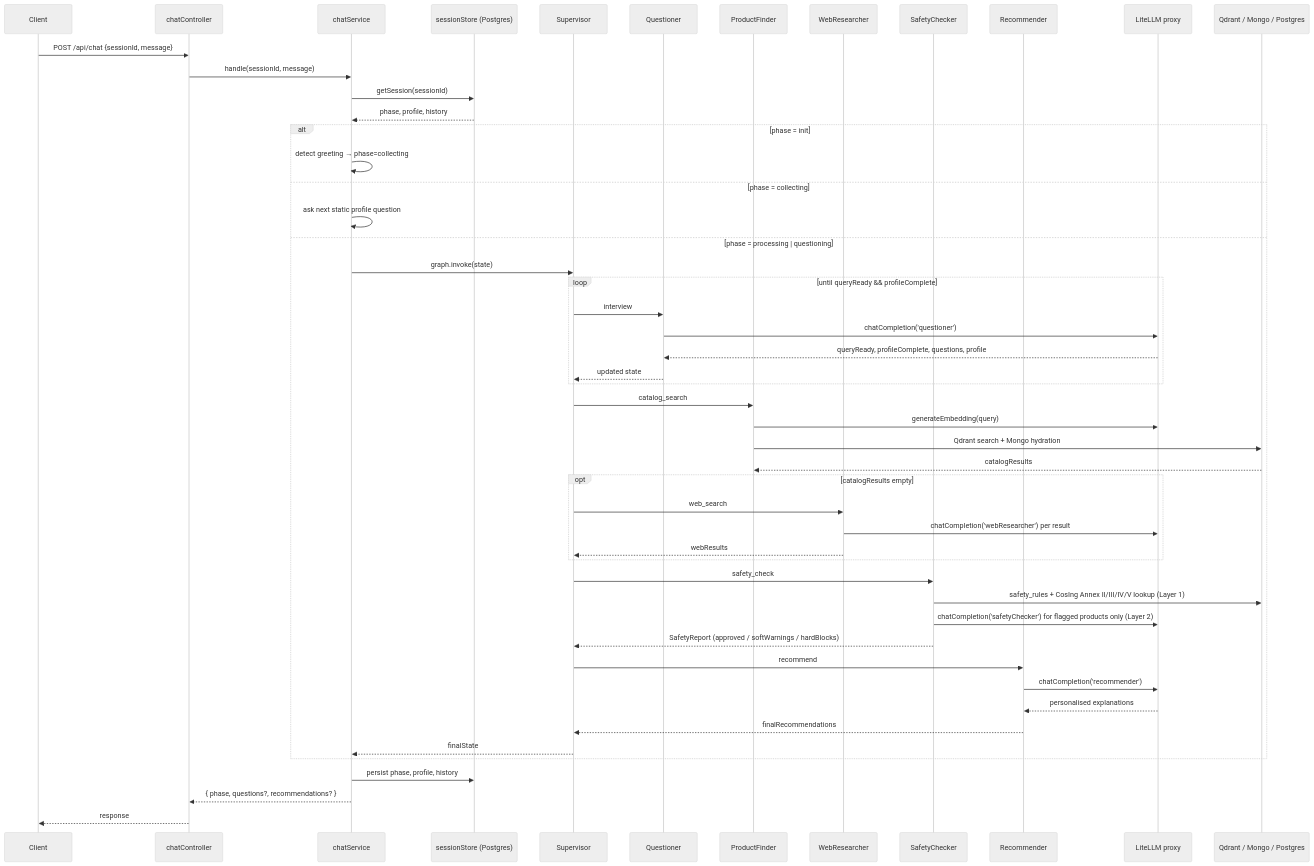
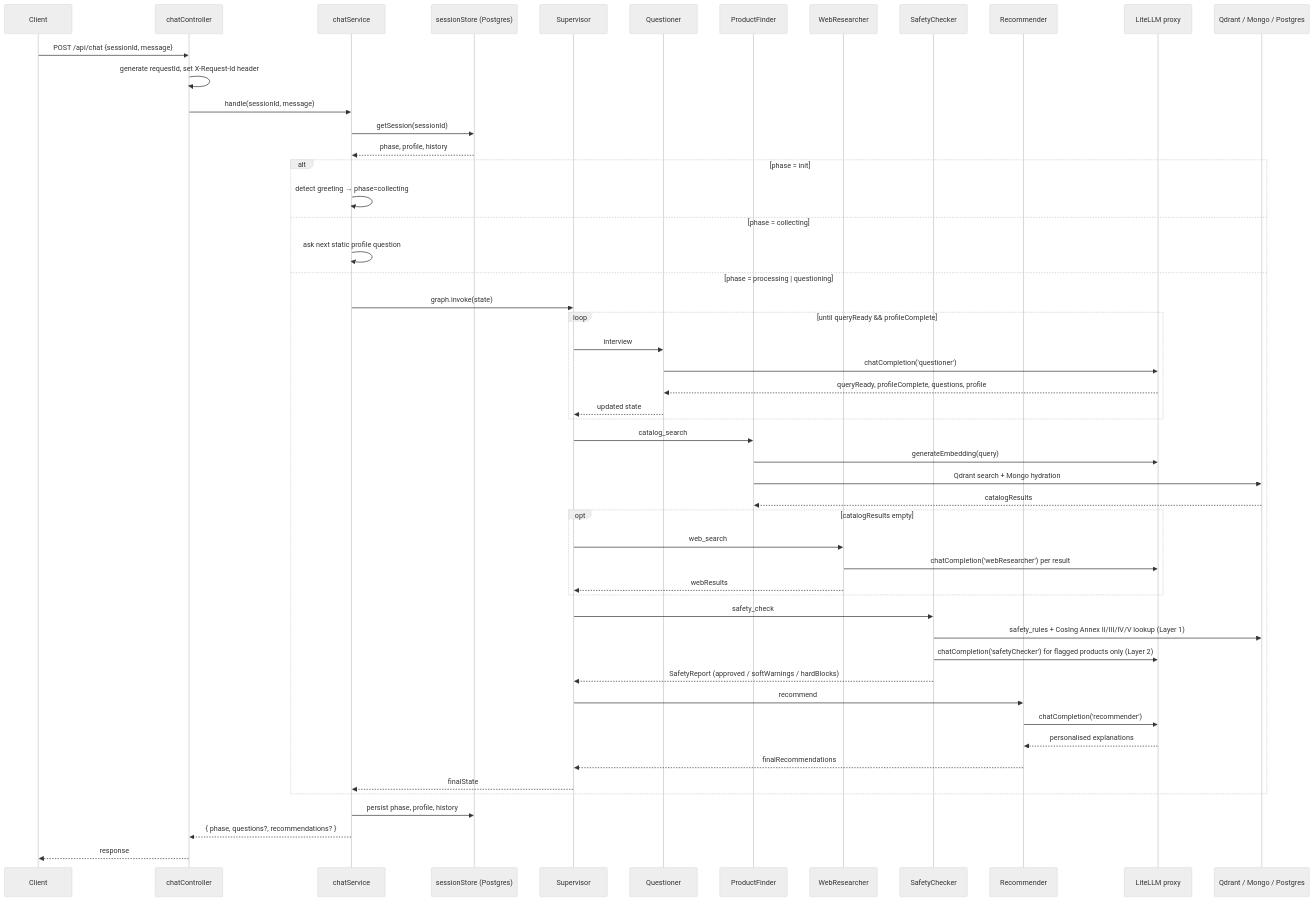
One commit to javacodegeeks/radiance-ai changed the third of 3 diagrams in README.md. Above: the diagram before and after it, drawn with Mermaid (neutral theme). The commit also changed other lines of this file, not shown here.

Commit message:
docs: document per-request correlation ID in README

````diff
--- a/README.md
+++ b/README.md
@@ -295,61 +298,62 @@
 ```mermaid
 sequenceDiagram
     participant Client
     participant Controller as chatController
     participant Service as chatService
     participant Store as sessionStore (Postgres)
     participant Supervisor
     participant Questioner
     participant ProductFinder
     participant WebResearcher
     participant SafetyChecker
     participant Recommender
     participant LLM as LiteLLM proxy
     participant Data as Qdrant / Mongo / Postgres
 
     Client->>Controller: POST /api/chat {sessionId, message}
+    Controller->>Controller: generate requestId, set X-Request-Id header
     Controller->>Service: handle(sessionId, message)
     Service->>Store: getSession(sessionId)
     Store-->>Service: phase, profile, history
 
     alt phase = init
         Service->>Service: detect greeting → phase=collecting
     else phase = collecting
         Service->>Service: ask next static profile question
     else phase = processing | questioning
         Service->>Supervisor: graph.invoke(state)
 
         loop until queryReady && profileComplete
             Supervisor->>Questioner: interview
             Questioner->>LLM: chatCompletion('questioner')
             LLM-->>Questioner: queryReady, profileComplete, questions, profile
             Questioner-->>Supervisor: updated state
         end
 
         Supervisor->>ProductFinder: catalog_search
         ProductFinder->>LLM: generateEmbedding(query)
         ProductFinder->>Data: Qdrant search + Mongo hydration
         Data-->>ProductFinder: catalogResults
 
         opt catalogResults empty
             Supervisor->>WebResearcher: web_search
             WebResearcher->>LLM: chatCompletion('webResearcher') per result
             WebResearcher-->>Supervisor: webResults
         end
 
         Supervisor->>SafetyChecker: safety_check
         SafetyChecker->>Data: safety_rules + CosIng Annex II/III/IV/V lookup (Layer 1)
         SafetyChecker->>LLM: chatCompletion('safetyChecker') for flagged products only (Layer 2)
         SafetyChecker-->>Supervisor: SafetyReport (approved / softWarnings / hardBlocks)
 
         Supervisor->>Recommender: recommend
         Recommender->>LLM: chatCompletion('recommender')
         LLM-->>Recommender: personalised explanations
         Recommender-->>Supervisor: finalRecommendations
         Supervisor-->>Service: finalState
     end
 
     Service->>Store: persist phase, profile, history
     Service-->>Controller: { phase, questions?, recommendations? }
     Controller-->>Client: response
 ```
````
